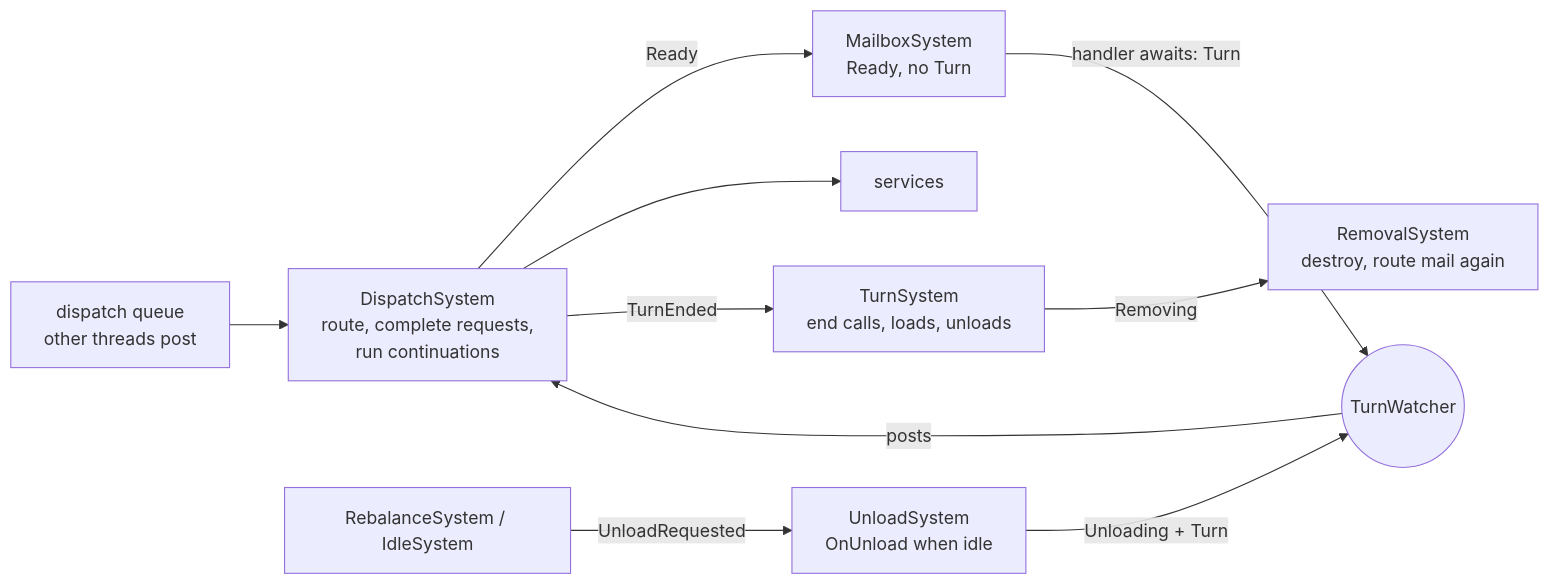
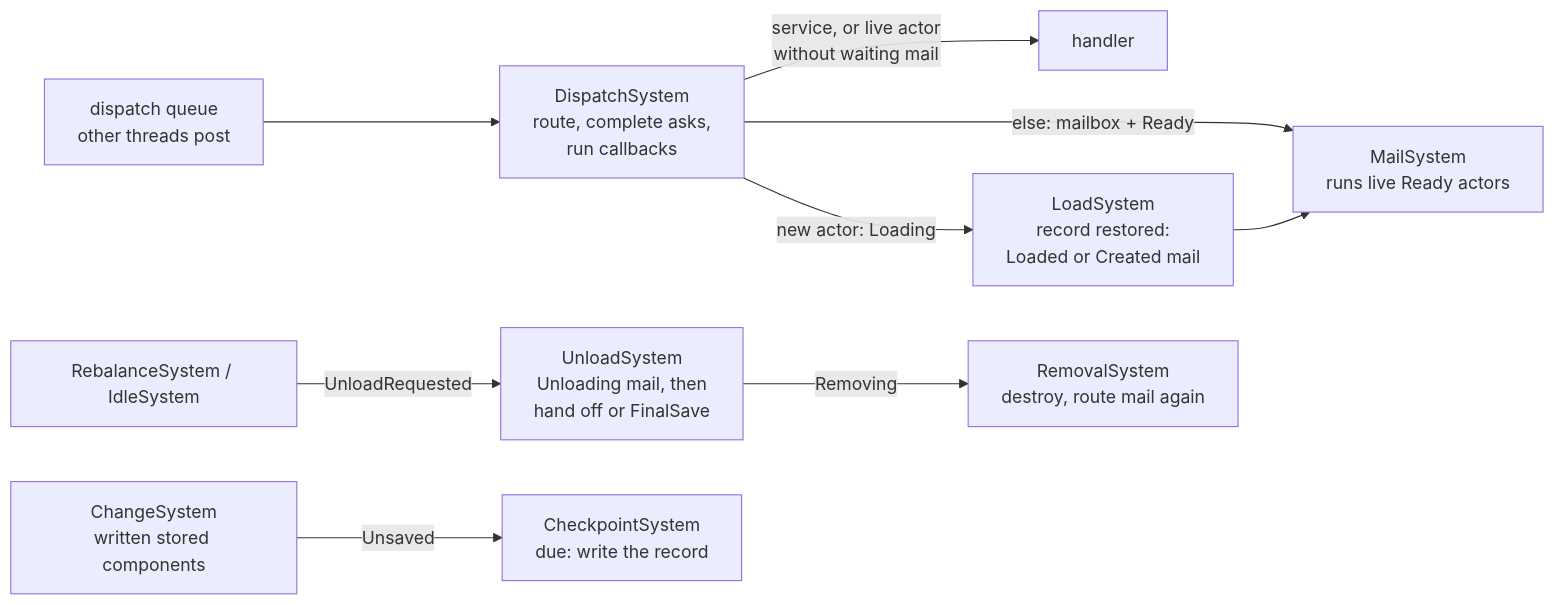
The fifth of 5 diagrams in doc/design.md (JasonXuDeveloper/DaServer), drawn with Mermaid before and after one commit. The commit also changed other lines of this file and 9 other files, not shown here.

Commit message:
Docs: the ECS programming model (ADR-081) across README, design, decisions, requirements, roadmap, operations

````diff
--- a/doc/design.md
+++ b/doc/design.md
@@ -397,12 +405,11 @@
 ```mermaid
 flowchart LR
-    IN[dispatch queue<br/>other threads post] --> I[DispatchSystem<br/>route, complete requests,<br/>run continuations]
-    I -->|Ready| M[MailboxSystem<br/>Ready, no Turn]
-    I --> S[services]
-    M -->|handler awaits: Turn| W((TurnWatcher))
-    W -->|posts| I
-    I -->|TurnEnded| T[TurnSystem<br/>end calls, loads, unloads]
-    T -->|Removing| RT[RemovalSystem<br/>destroy, route mail again]
-    R[RebalanceSystem / IdleSystem] -->|UnloadRequested| U[UnloadSystem<br/>OnUnload when idle]
-    U -->|Unloading + Turn| W
+    IN[dispatch queue<br/>other threads post] --> D[DispatchSystem<br/>route, complete asks,<br/>run callbacks]
+    D -->|service, or live actor<br/>without waiting mail| H[handler]
+    D -->|else: mailbox + Ready| M[MailSystem<br/>runs live Ready actors]
+    D -->|new actor: Loading| L[LoadSystem<br/>record restored:<br/>Loaded or Created mail]
+    L --> M
+    R[RebalanceSystem / IdleSystem] -->|UnloadRequested| U[UnloadSystem<br/>Unloading mail, then<br/>hand off or FinalSave]
+    U -->|Removing| RT[RemovalSystem<br/>destroy, route mail again]
+    C[ChangeSystem<br/>written stored components] -->|Unsaved| CP[CheckpointSystem<br/>due: write the record]
 ```
````
